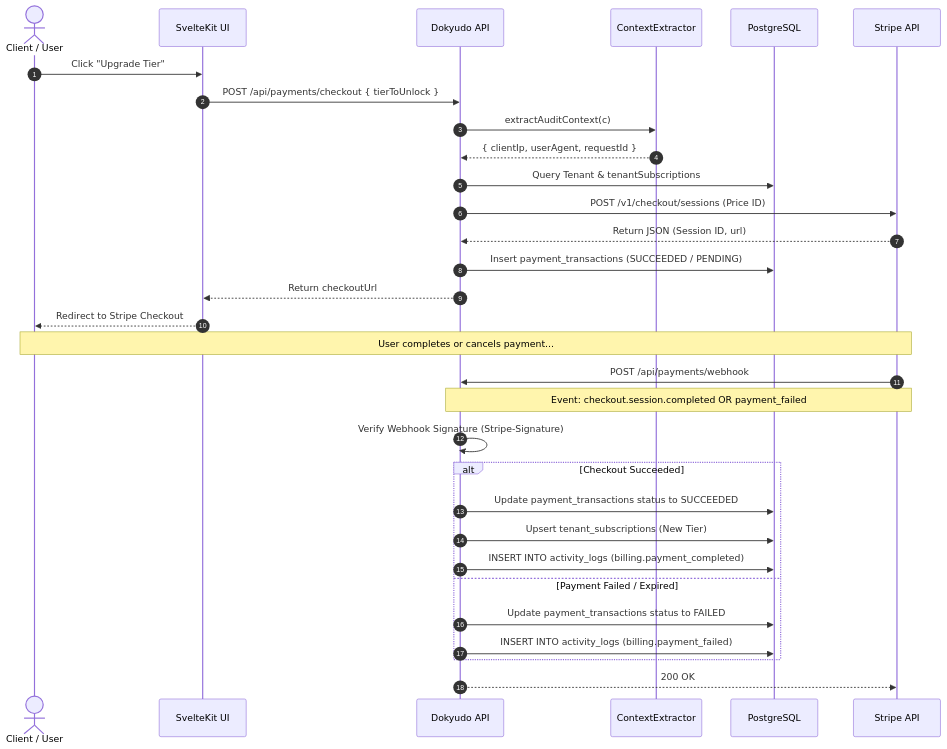
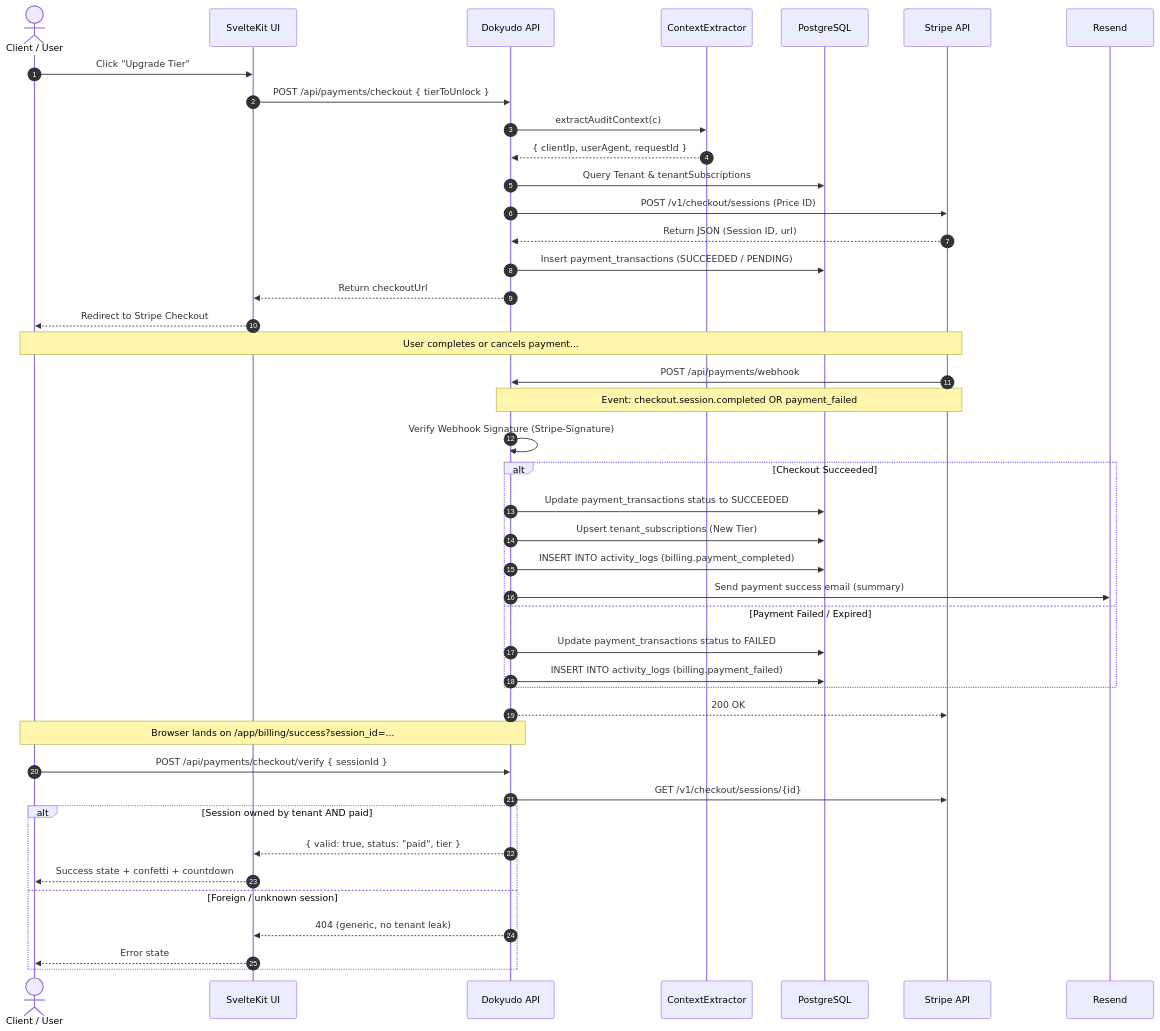
One commit to kanzhamada/Dokyudo changed the diagram in docs/features/stripe-payment-gateway.md. Above: the diagram before and after it, drawn with Mermaid. The commit also changed other lines of this file and 5 other files, not shown here.

Commit message:
Add Test API Key and Verify Checkout Session API collections

````diff
--- a/docs/features/stripe-payment-gateway.md
+++ b/docs/features/stripe-payment-gateway.md
@@ -17,39 +17,51 @@
 ```mermaid
 sequenceDiagram
     autonumber
     actor User as Client / User
     participant Frontend as SvelteKit UI
     participant Backend as Dokyudo API
     participant Extractor as ContextExtractor
     participant DB as PostgreSQL
     participant Stripe as Stripe API
 
     User->>Frontend: Click "Upgrade Tier"
     Frontend->>Backend: POST /api/payments/checkout { tierToUnlock }
     Backend->>Extractor: extractAuditContext(c)
     Extractor-->>Backend: { clientIp, userAgent, requestId }
     
     Backend->>DB: Query Tenant & tenantSubscriptions
     Backend->>Stripe: POST /v1/checkout/sessions (Price ID)
     Stripe-->>Backend: Return JSON (Session ID, url)
     Backend->>DB: Insert payment_transactions (SUCCEEDED / PENDING)
     Backend-->>Frontend: Return checkoutUrl
     Frontend-->>User: Redirect to Stripe Checkout
 
     Note over User,Stripe: User completes or cancels payment...
 
     Stripe->>Backend: POST /api/payments/webhook
     Note over Stripe,Backend: Event: checkout.session.completed OR payment_failed
     Backend->>Backend: Verify Webhook Signature (Stripe-Signature)
     
     alt Checkout Succeeded
         Backend->>DB: Update payment_transactions status to SUCCEEDED
         Backend->>DB: Upsert tenant_subscriptions (New Tier)
         Backend->>DB: INSERT INTO activity_logs (billing.payment_completed)
+        Backend->>Resend: Send payment success email (summary)
     else Payment Failed / Expired
         Backend->>DB: Update payment_transactions status to FAILED
         Backend->>DB: INSERT INTO activity_logs (billing.payment_failed)
     end
     
     Backend-->>Stripe: 200 OK
+
+    Note over User,Backend: Browser lands on /app/billing/success?session_id=...
+    User->>Backend: POST /api/payments/checkout/verify { sessionId }
+    Backend->>Stripe: GET /v1/checkout/sessions/{id}
+    alt Session owned by tenant AND paid
+        Backend-->>Frontend: { valid: true, status: "paid", tier }
+        Frontend-->>User: Success state + confetti + countdown
+    else Foreign / unknown session
+        Backend-->>Frontend: 404 (generic, no tenant leak)
+        Frontend-->>User: Error state
+    end
 ```
````
